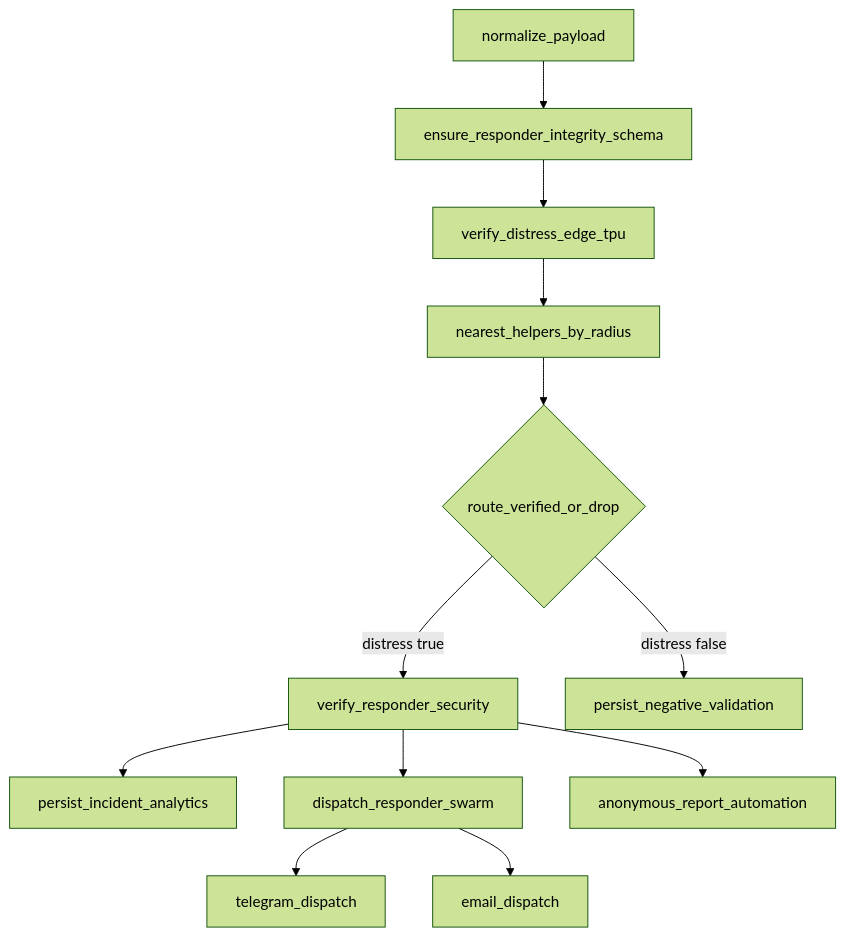
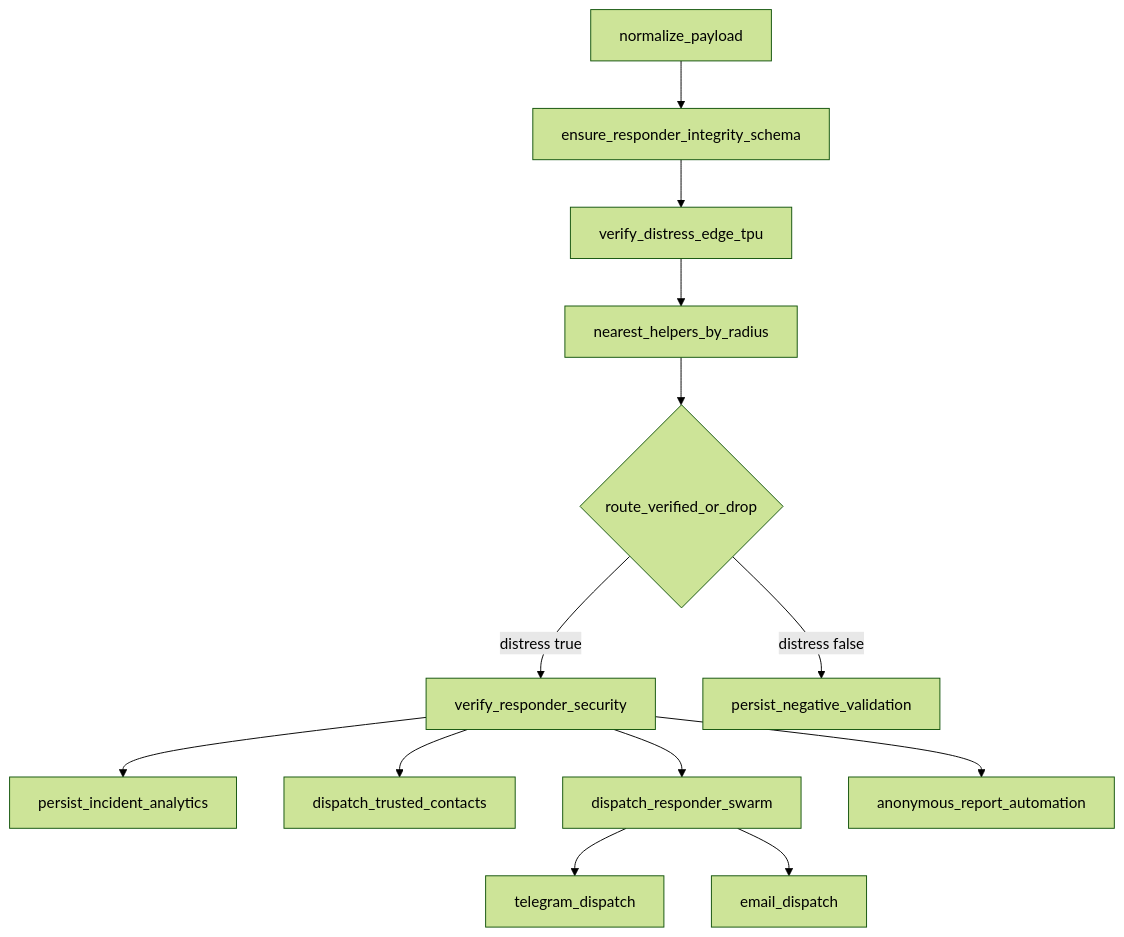
One commit to FiscalMindset/women changed the third of 6 diagrams in technical.md. Above: the diagram before and after it, drawn with Mermaid (forest theme). The commit also changed other lines of this file and 5 other files, not shown here.

````diff
--- a/technical.md
+++ b/technical.md
@@ -63,14 +64,15 @@
 ```mermaid
 flowchart TD
   A["normalize_payload"] --> B["ensure_responder_integrity_schema"]
   B --> C["verify_distress_edge_tpu"]
   C --> D["nearest_helpers_by_radius"]
   D --> E{"route_verified_or_drop"}
   E -->|distress true| F["verify_responder_security"]
   F --> G["persist_incident_analytics"]
+  F --> T["dispatch_trusted_contacts"]
   F --> H["dispatch_responder_swarm"]
   H --> I["telegram_dispatch"]
   H --> J["email_dispatch"]
   F --> K["anonymous_report_automation"]
   E -->|distress false| L["persist_negative_validation"]
 ```
````
